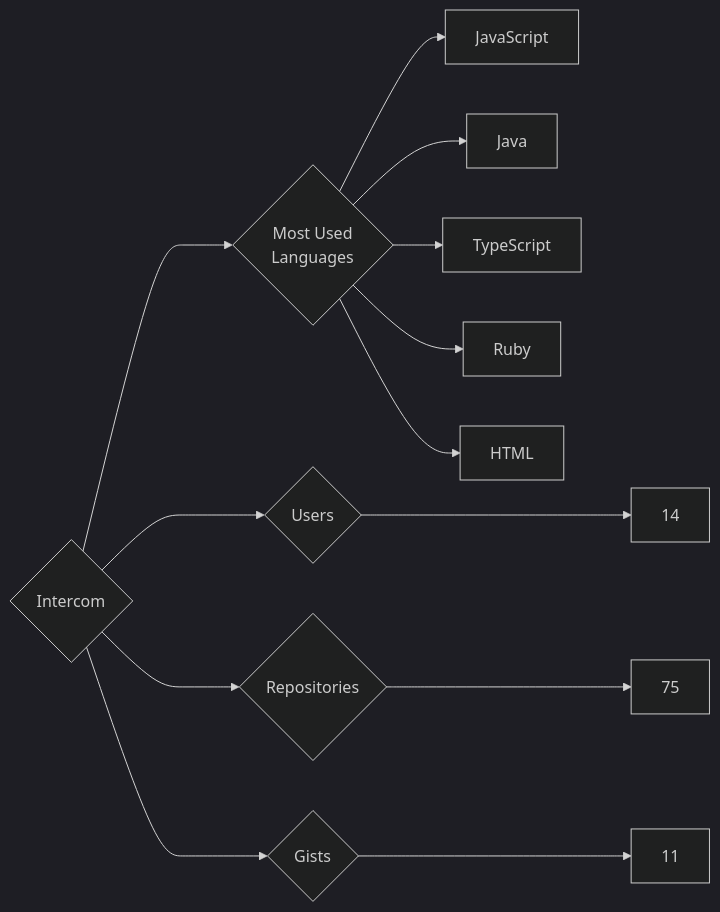
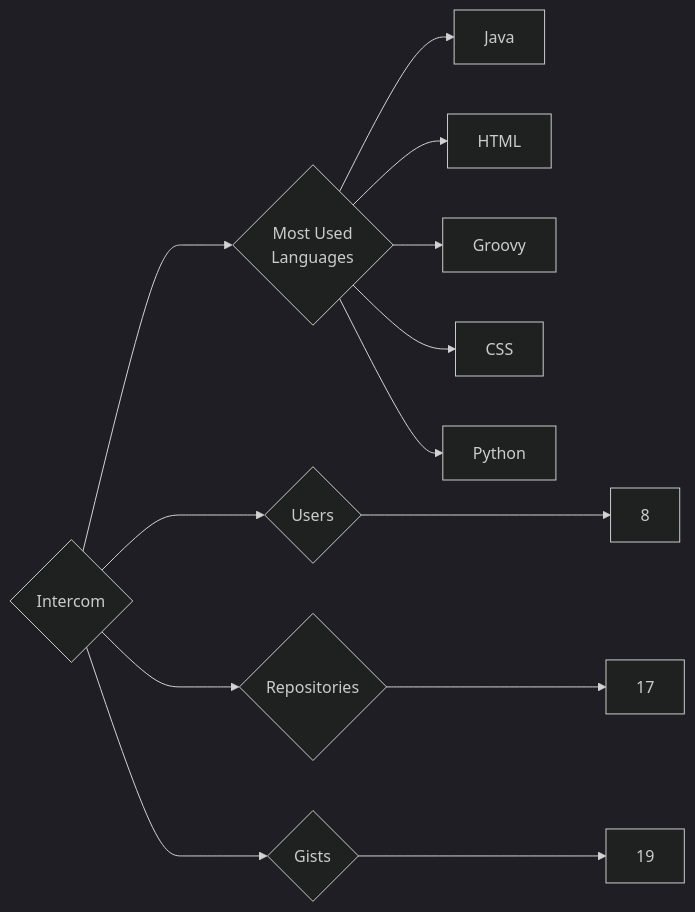
One commit to trickest/insiders changed the diagram in targets/Intercom/README.md. Above: the diagram before and after it, drawn with Mermaid (dark theme). The commit also changed 1212 other files, not shown here.

````diff
--- a/targets/Intercom/README.md
+++ b/targets/Intercom/README.md
@@ -3,13 +3,13 @@
 ```mermaid
 graph LR
 COMPANY_NAME{Intercom}
-COMPANY_NAME ---> U{Users} ---> UN[14]
-COMPANY_NAME ---> R{Repositories} ---> RN[75]
-COMPANY_NAME ---> G{Gists} ---> GN[11]
+COMPANY_NAME ---> U{Users} ---> UN[8]
+COMPANY_NAME ---> R{Repositories} ---> RN[17]
+COMPANY_NAME ---> G{Gists} ---> GN[19]
 COMPANY_NAME ---> ML{Most Used<br>Languages}
-ML --> JavaScript[JavaScript]
 ML --> Java[Java]
-ML --> TypeScript[TypeScript]
-ML --> Ruby[Ruby]
 ML --> HTML[HTML]
+ML --> Groovy[Groovy]
+ML --> CSS[CSS]
+ML --> Python[Python]
 ```
````
